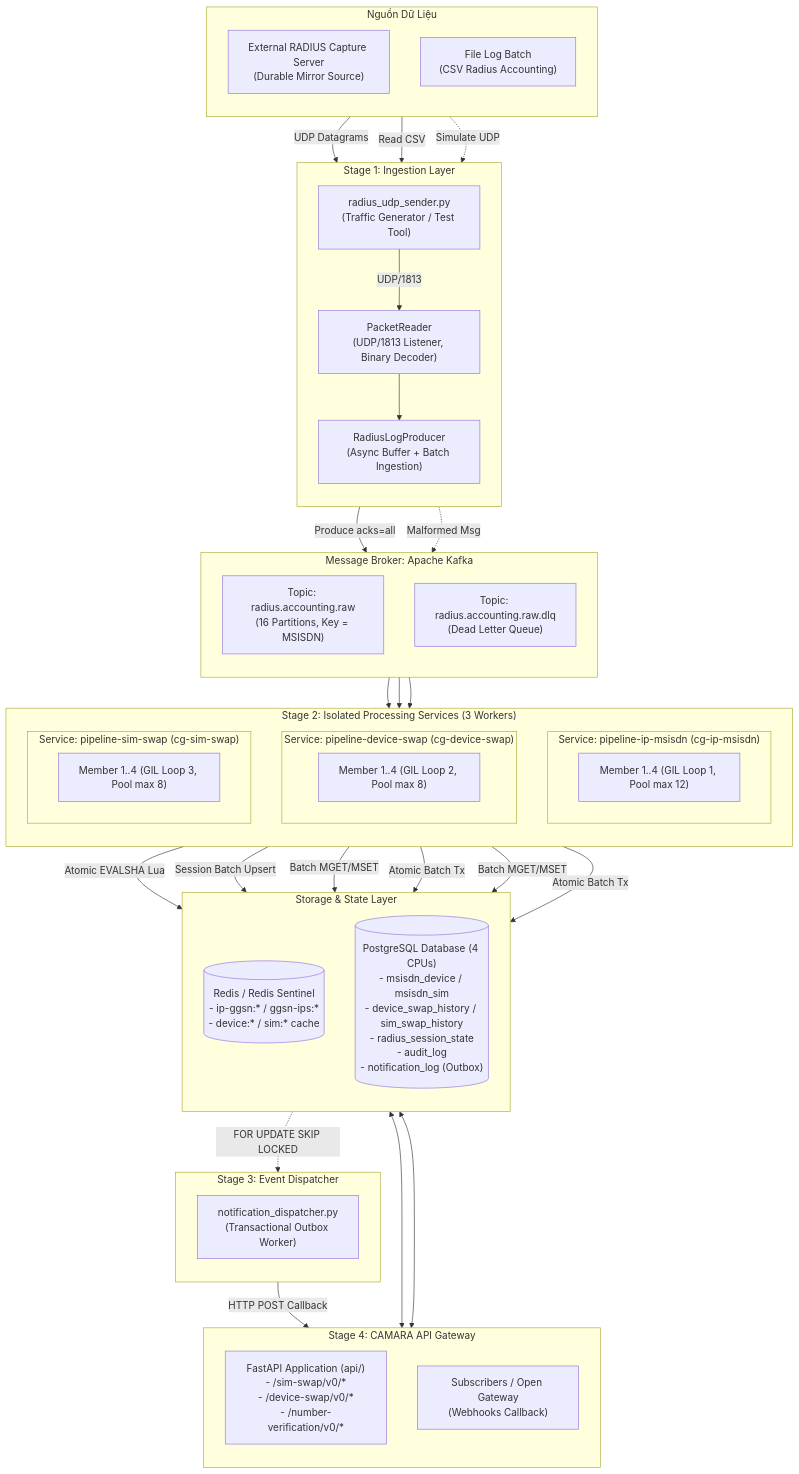
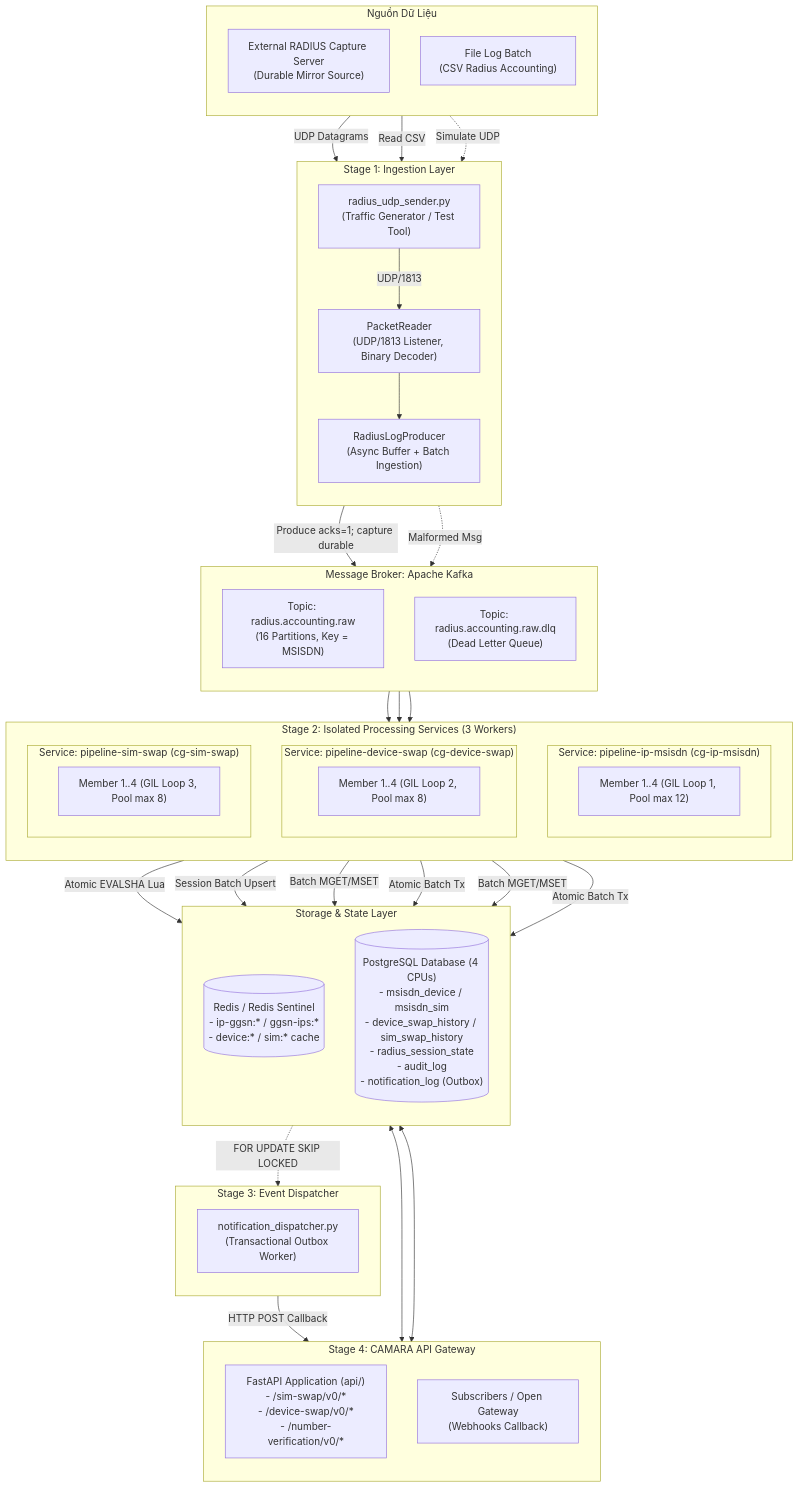
One commit to chuyenvanhust/camara-pipeline changed the first of 2 diagrams in README.md. Above: the diagram before and after it, drawn with Mermaid. The commit also changed other lines of this file and 30 other files, not shown here.

````diff
--- a/README.md
+++ b/README.md
@@ -11,78 +11,78 @@
 ```mermaid
 flowchart TD
     subgraph SOURCELAYER["Nguồn Dữ Liệu"]
         direction TB
         GGSN["External RADIUS Capture Server<br/>(Durable Mirror Source)"]
         CSV["File Log Batch<br/>(CSV Radius Accounting)"]
     end
 
     subgraph INGESTIONLAYER["Stage 1: Ingestion Layer"]
         direction TB
         SENDER["radius_udp_sender.py<br/>(Traffic Generator / Test Tool)"]
         PKTREADER["PacketReader<br/>(UDP/1813 Listener, Binary Decoder)"]
         PRODUCER["RadiusLogProducer<br/>(Async Buffer + Batch Ingestion)"]
     end
 
     subgraph KAFKALAYER["Message Broker: Apache Kafka"]
         direction TB
         TOPIC["Topic: radius.accounting.raw<br/>(16 Partitions, Key = MSISDN)"]
         DLQ["Topic: radius.accounting.raw.dlq<br/>(Dead Letter Queue)"]
     end
 
     subgraph CONSUMERLAYER["Stage 2: Isolated Processing Services (3 Workers)"]
         direction TB
         subgraph SVC1["Service: pipeline-ip-msisdn (cg-ip-msisdn)"]
             IPM1["Member 1..4 (GIL Loop 1, Pool max 12)"]
         end
         subgraph SVC2["Service: pipeline-device-swap (cg-device-swap)"]
             DEV1["Member 1..4 (GIL Loop 2, Pool max 8)"]
         end
         subgraph SVC3["Service: pipeline-sim-swap (cg-sim-swap)"]
             SIM1["Member 1..4 (GIL Loop 3, Pool max 8)"]
         end
     end
 
     subgraph STORAGELAYER["Storage & State Layer"]
         direction TB
         REDIS[("Redis / Redis Sentinel<br/>- ip-ggsn:* / ggsn-ips:*<br/>- device:* / sim:* cache")]
         POSTGRES[("PostgreSQL Database (4 CPUs)<br/>- msisdn_device / msisdn_sim<br/>- device_swap_history / sim_swap_history<br/>- radius_session_state<br/>- audit_log<br/>- notification_log (Outbox)")]
     end
 
     subgraph DISPATCHERLAYER["Stage 3: Event Dispatcher"]
         direction TB
         DISPATCHER["notification_dispatcher.py<br/>(Transactional Outbox Worker)"]
     end
 
     subgraph APILAYER["Stage 4: CAMARA API Gateway"]
         direction TB
         FASTAPI["FastAPI Application (api/)<br/>- /sim-swap/v0/*<br/>- /device-swap/v0/*<br/>- /number-verification/v0/*"]
         OPENGATEWAY["Subscribers / Open Gateway<br/>(Webhooks Callback)"]
     end
 
     %% Flow connections
     GGSN -->|UDP Datagrams| PKTREADER
     CSV -->|Read CSV| PRODUCER
     CSV -.->|Simulate UDP| SENDER
     SENDER -->|UDP/1813| PKTREADER
 
     PKTREADER --> PRODUCER
-    PRODUCER -->|Produce acks=all| TOPIC
+    PRODUCER -->|Produce acks=1; capture durable| TOPIC
     PRODUCER -.->|Malformed Msg| DLQ
 
     TOPIC --> SVC1
     TOPIC --> SVC2
     TOPIC --> SVC3
 
     SVC1 -->|Atomic EVALSHA Lua| REDIS
     SVC1 -->|Session Batch Upsert| POSTGRES
     SVC2 -->|Batch MGET/MSET| REDIS
     SVC2 -->|Atomic Batch Tx| POSTGRES
     SVC3 -->|Batch MGET/MSET| REDIS
     SVC3 -->|Atomic Batch Tx| POSTGRES
 
     POSTGRES -.->|FOR UPDATE SKIP LOCKED| DISPATCHER
     DISPATCHER -->|HTTP POST Callback| OPENGATEWAY
 
     REDIS <--> FASTAPI
     POSTGRES <--> FASTAPI
 ```
````
